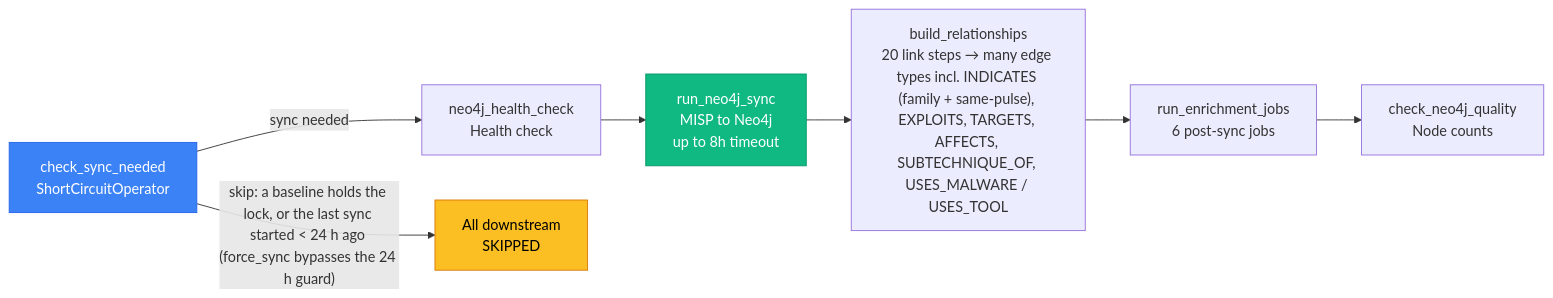
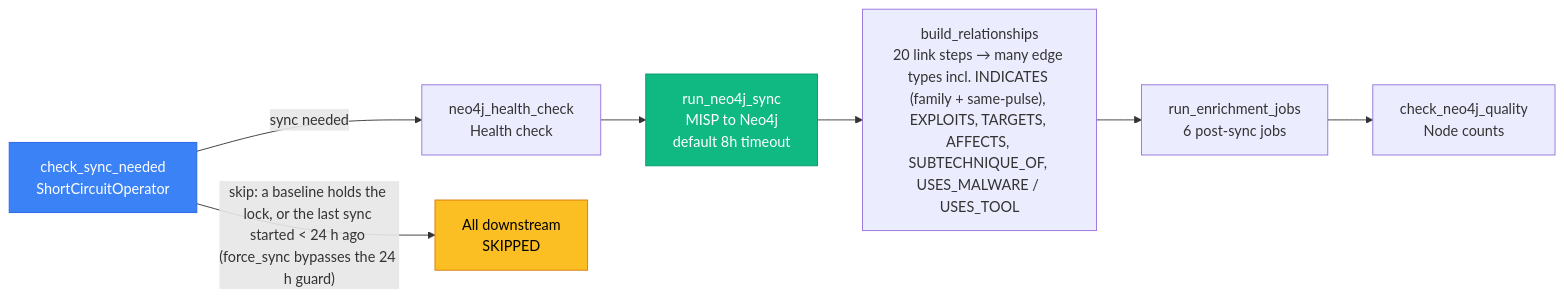
Before and after one commit to Kopanov/EdgeGuard-Knowledge-Graph: the fifth of 8 diagrams in docs/ARCHITECTURE_DIAGRAMS.md, drawn with Mermaid. The commit also changed other lines of this file and 15 other files, not shown here.

````diff
--- a/docs/ARCHITECTURE_DIAGRAMS.md
+++ b/docs/ARCHITECTURE_DIAGRAMS.md
@@ -217,14 +217,14 @@
 ```mermaid
 flowchart LR
     A[check_sync_needed<br/>ShortCircuitOperator] -->|sync needed| B[neo4j_health_check<br/>Health check]
-    B --> C[run_neo4j_sync<br/>MISP to Neo4j<br/>up to 8h timeout]
+    B --> C[run_neo4j_sync<br/>MISP to Neo4j<br/>default 8h timeout]
     C --> D["build_relationships<br/>20 link steps → many edge types incl. INDICATES (family + same-pulse), EXPLOITS, TARGETS, AFFECTS, SUBTECHNIQUE_OF, USES_MALWARE / USES_TOOL"]
     D --> E[run_enrichment_jobs<br/>6 post-sync jobs]
     E --> F[check_neo4j_quality<br/>Node counts]
 
     A -->|"skip: a baseline holds the lock, or the last sync started < 24 h ago (force_sync bypasses the 24 h guard)"| SKIP[All downstream<br/>SKIPPED]
 
     style SKIP fill:#fbbf24,stroke:#d97706,color:#000
     style A fill:#3b82f6,stroke:#2563eb,color:#fff
     style C fill:#10b981,stroke:#059669,color:#fff
 ```
````
